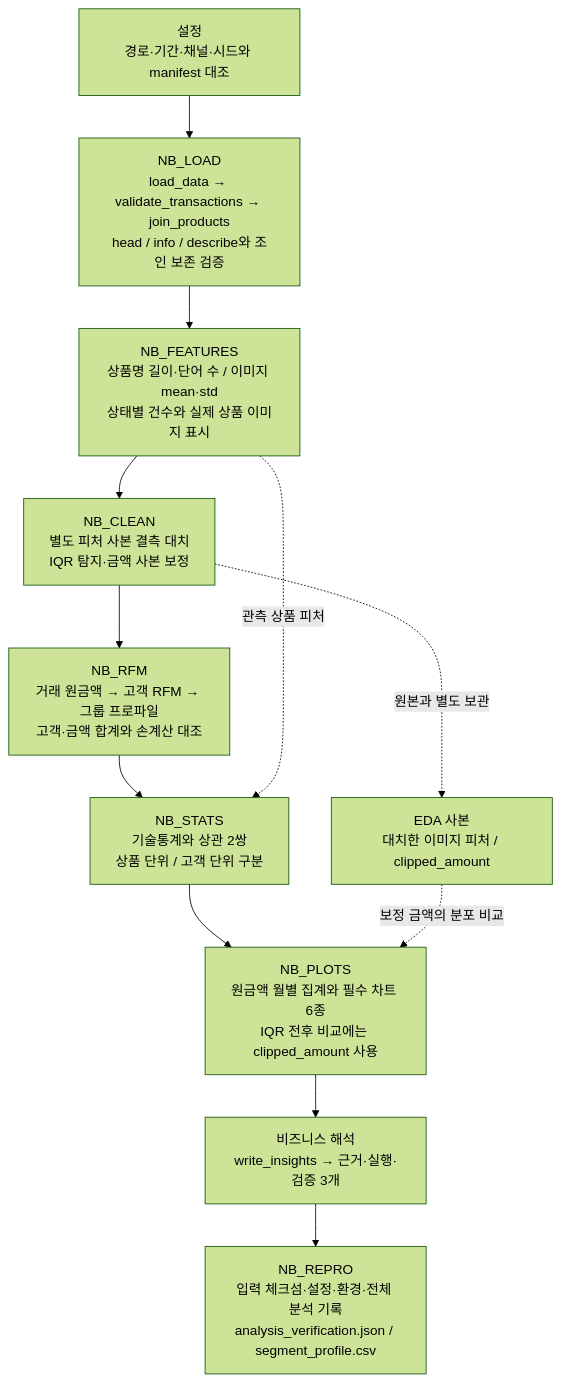
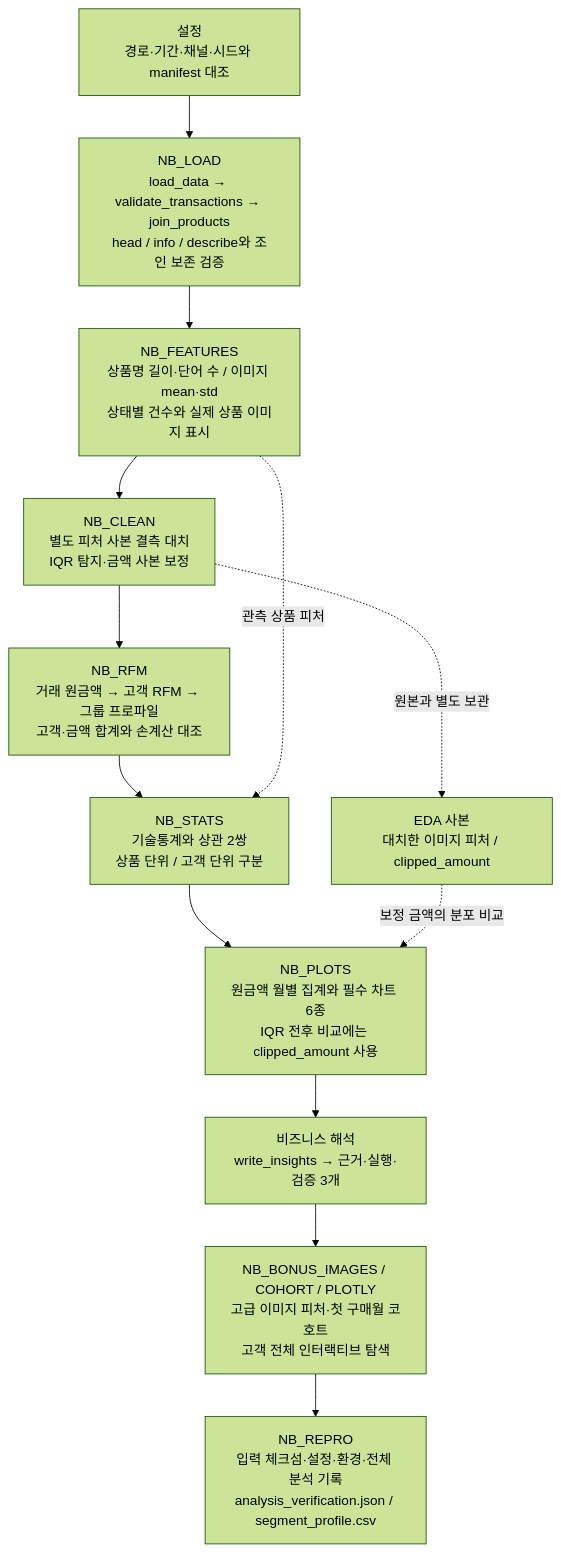
Before and after one commit to ntt65/A1_1: the third of 4 diagrams in README.md, drawn with Mermaid (forest theme). The commit also changed other lines of this file and 6 other files, not shown here.

First line of the commit message:
docs: explain verified bonus results and cohort observation limits

````diff
--- a/README.md
+++ b/README.md
@@ -363,17 +399,18 @@
 ```mermaid
 flowchart TD
     SET["설정<br/>경로·기간·채널·시드와 manifest 대조"]
     LOAD["NB_LOAD<br/>load_data → validate_transactions → join_products<br/>head / info / describe와 조인 보존 검증"]
     FEAT["NB_FEATURES<br/>상품명 길이·단어 수 / 이미지 mean·std<br/>상태별 건수와 실제 상품 이미지 표시"]
     CLEAN["NB_CLEAN<br/>별도 피처 사본 결측 대치<br/>IQR 탐지·금액 사본 보정"]
     EDA["EDA 사본<br/>대치한 이미지 피처 / clipped_amount"]
     RFM["NB_RFM<br/>거래 원금액 → 고객 RFM → 그룹 프로파일<br/>고객·금액 합계와 손계산 대조"]
     STATS["NB_STATS<br/>기술통계와 상관 2쌍<br/>상품 단위 / 고객 단위 구분"]
     PLOTS["NB_PLOTS<br/>원금액 월별 집계와 필수 차트 6종<br/>IQR 전후 비교에는 clipped_amount 사용"]
     INSIGHT["비즈니스 해석<br/>write_insights → 근거·실행·검증 3개"]
+    BONUS["NB_BONUS_IMAGES / COHORT / PLOTLY<br/>고급 이미지 피처·첫 구매월 코호트<br/>고객 전체 인터랙티브 탐색"]
     REPRO["NB_REPRO<br/>입력 체크섬·설정·환경·전체 분석 기록<br/>analysis_verification.json / segment_profile.csv"]
-    SET --> LOAD --> FEAT --> CLEAN --> RFM --> STATS --> PLOTS --> INSIGHT --> REPRO
+    SET --> LOAD --> FEAT --> CLEAN --> RFM --> STATS --> PLOTS --> INSIGHT --> BONUS --> REPRO
     CLEAN -. "원본과 별도 보관" .-> EDA
     EDA -. "보정 금액의 분포 비교" .-> PLOTS
     FEAT -. "관측 상품 피처" .-> STATS
 ```
````
